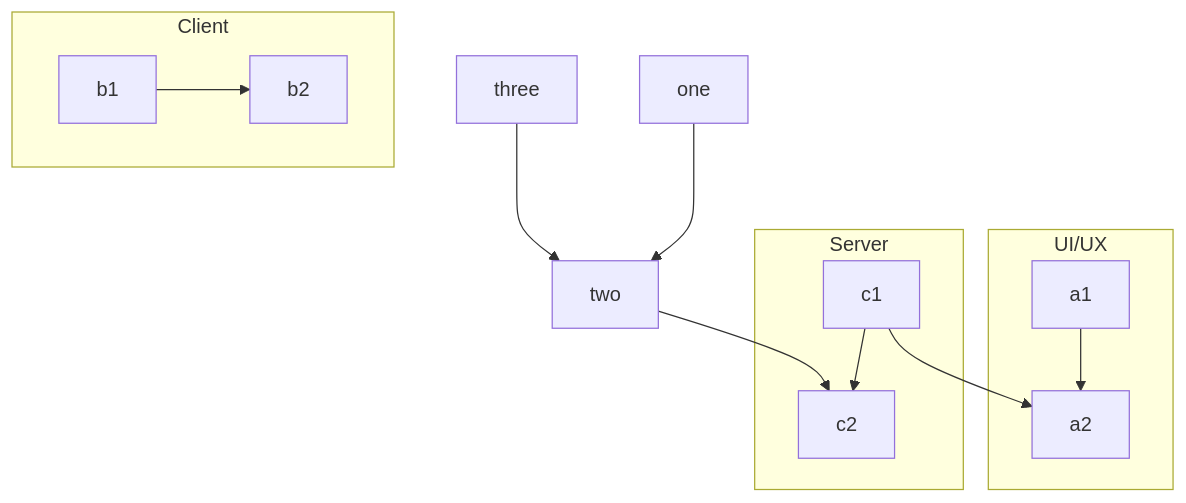
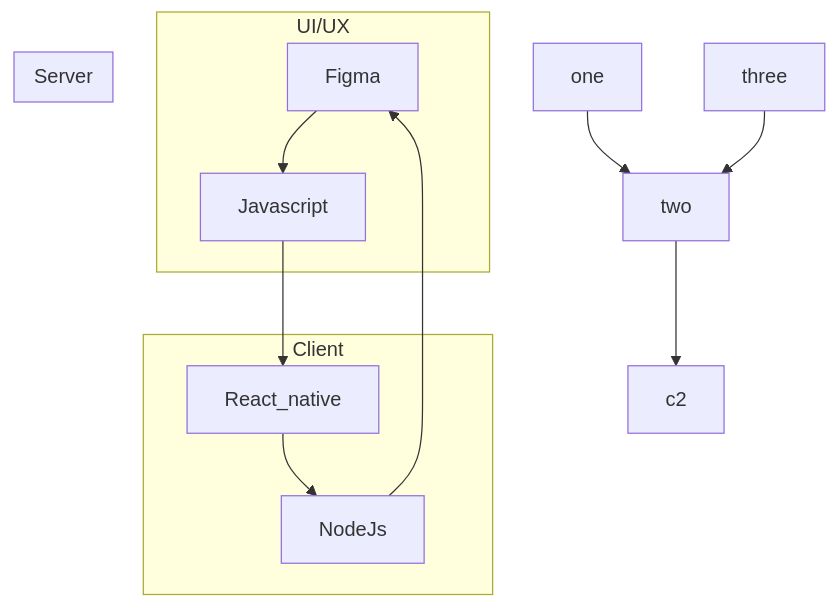
Before and after one commit to fahrizap/Kodein: the second of 2 diagrams in job interview.MD, drawn with Mermaid.

Commit message:
Update job interview.MD

````diff
--- a/job interview.MD
+++ b/job interview.MD
@@ -77,18 +77,18 @@
 ```mermaid
 flowchart TB
-    c1-->a2
     subgraph UI/UX
-    a1-->a2
+    Figma-->Javascript
     end
     subgraph Client
-    b1-->b2
+    Javascript-->React_native
+    React_native-->NodeJs
     end
     subgraph Server
-    c1-->c2
+    NodeJs-->Figma
     end
     one --> two
     three --> two
     two --> c2
   
     
 ```
````
